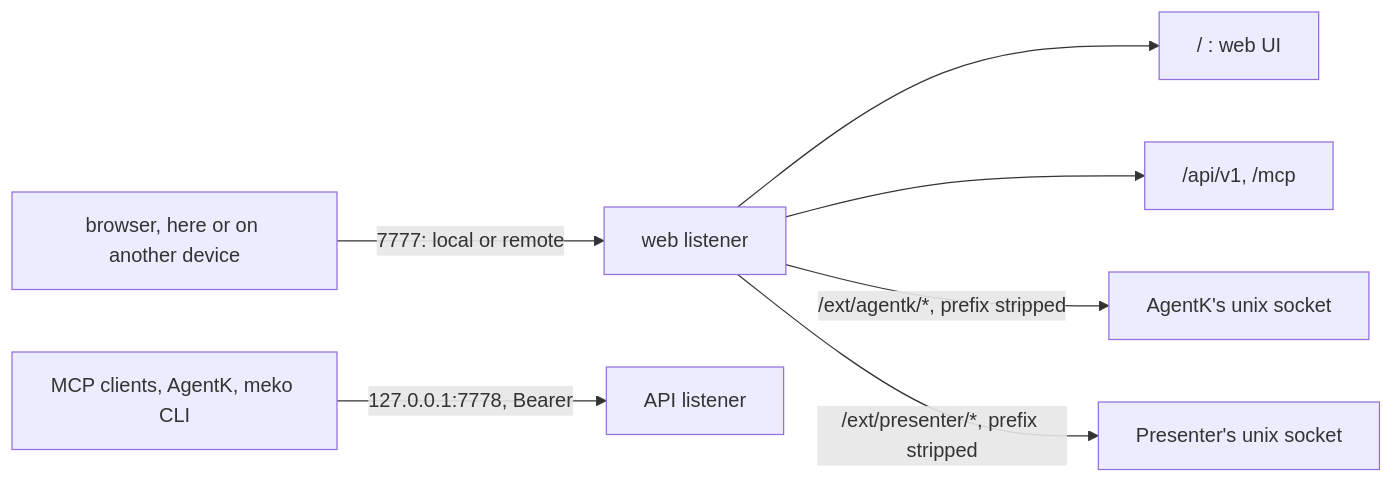
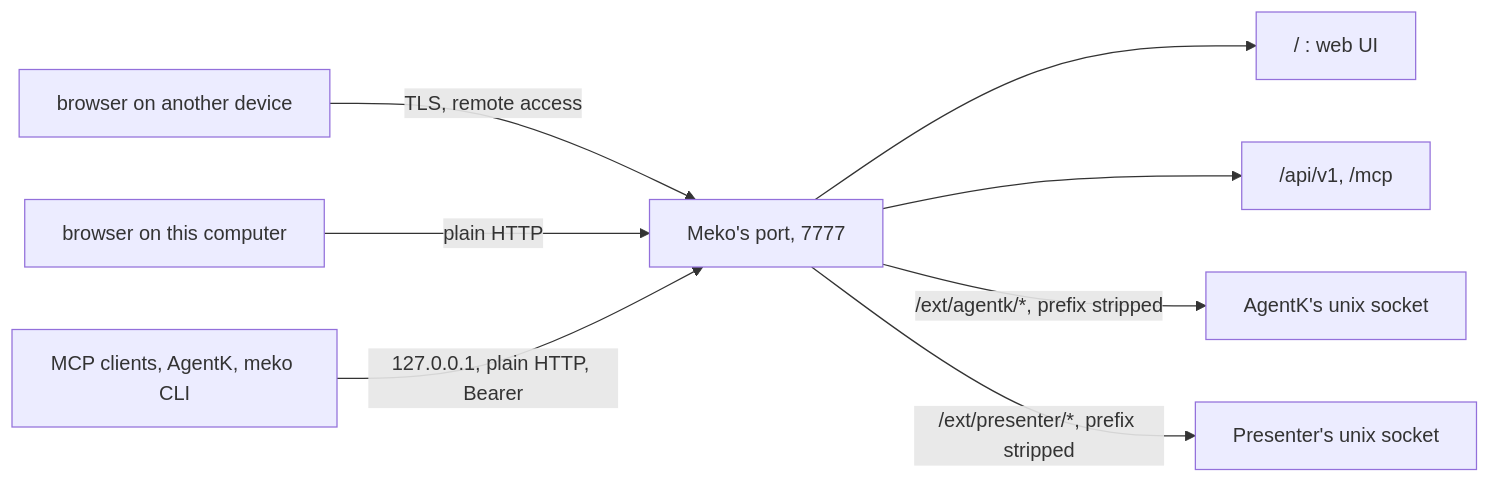
Before and after one commit to yugabyte/meko: the diagram in src/meko/docs/web.md, drawn with Mermaid. The commit also changed other lines of this file and 62 other files, not shown here.

First line of the commit message:
feat(meko)!: serve agents and browsers on one port, 7777

````diff
--- a/src/meko/docs/web.md
+++ b/src/meko/docs/web.md
@@ -9,9 +10,10 @@
 ```mermaid
 flowchart LR
-  b["browser, here or on another device"] -->|"7777: local or remote"| web["web listener"]
-  web --> ui["/ : web UI"]
-  web --> data["/api/v1, /mcp"]
-  web -->|"/ext/agentk/*, prefix stripped"| sock["AgentK's unix socket"]
-  web -->|"/ext/presenter/*, prefix stripped"| psock["Presenter's unix socket"]
-  agents["MCP clients, AgentK, meko CLI"] -->|"127.0.0.1:7778, Bearer"| api["API listener"]
+  b["browser on another device"] -->|"TLS, remote access"| port["Meko's port, 7777"]
+  bh["browser on this computer"] -->|"plain HTTP"| port
+  agents["MCP clients, AgentK, meko CLI"] -->|"127.0.0.1, plain HTTP, Bearer"| port
+  port --> ui["/ : web UI"]
+  port --> data["/api/v1, /mcp"]
+  port -->|"/ext/agentk/*, prefix stripped"| sock["AgentK's unix socket"]
+  port -->|"/ext/presenter/*, prefix stripped"| psock["Presenter's unix socket"]
 ```
````
